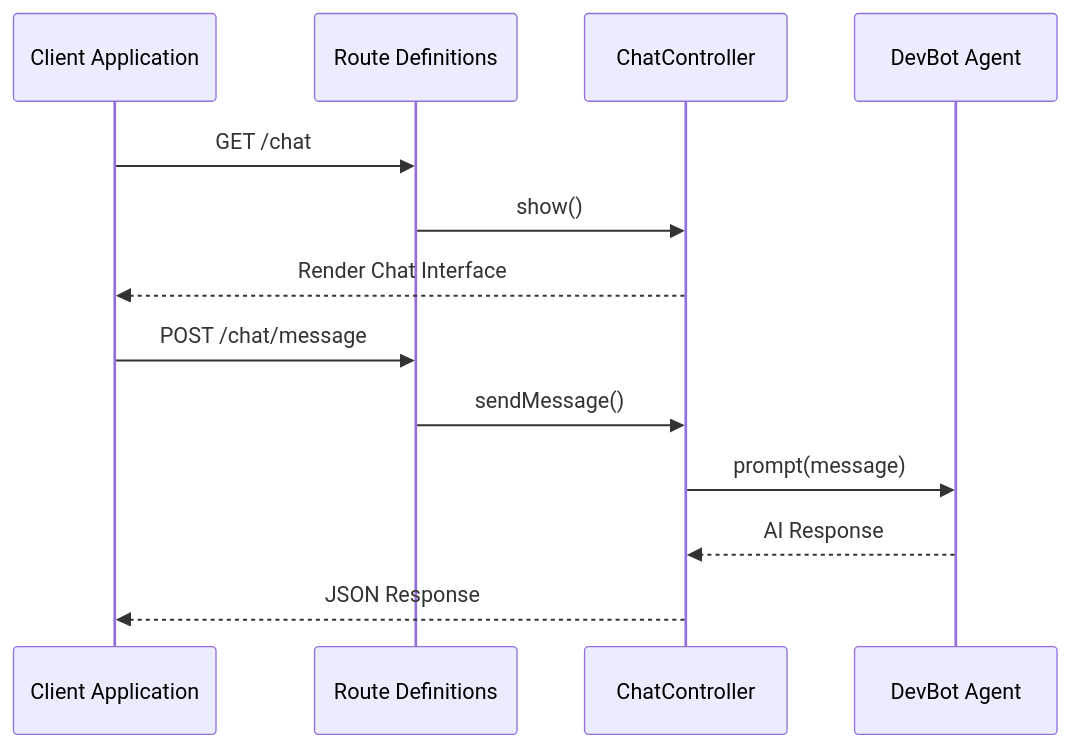
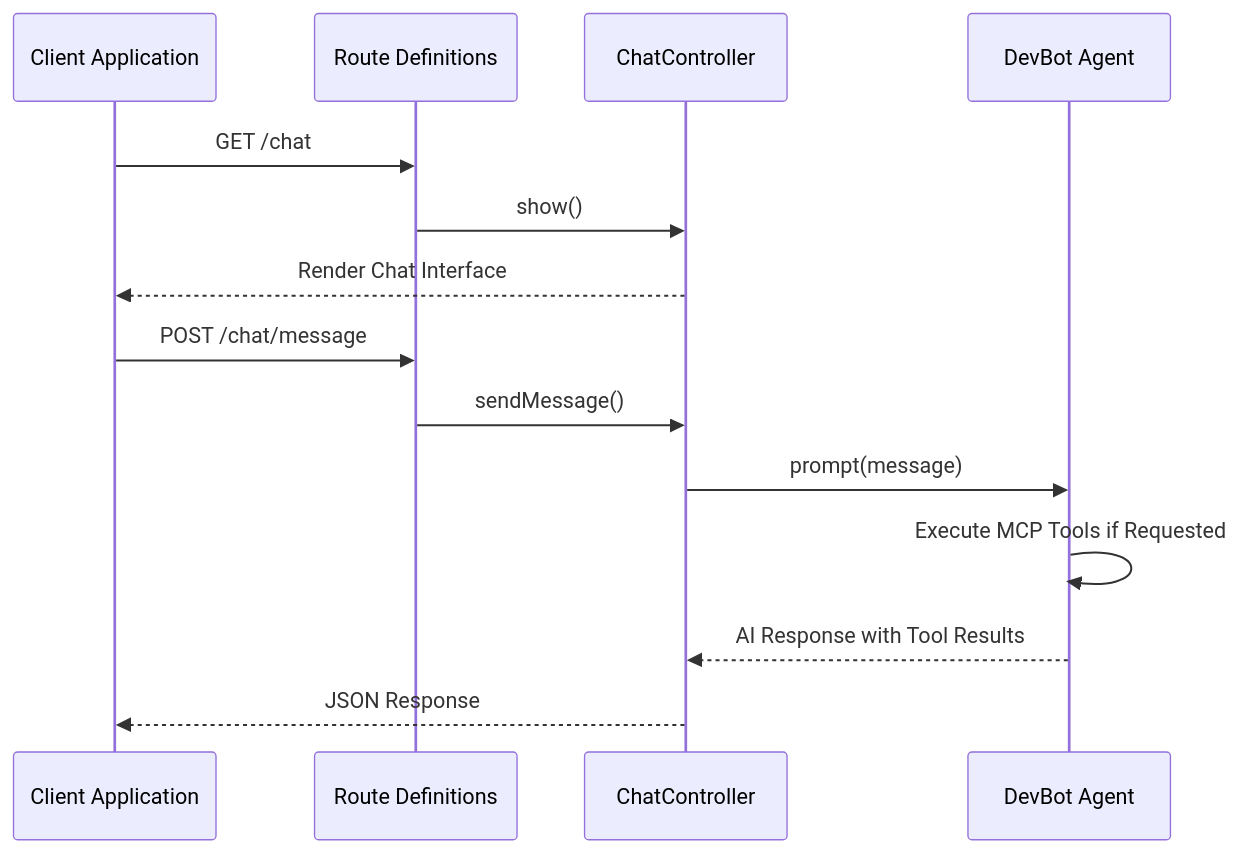
Before and after one commit to siimliimand/laravel-assistant: diagram 15 of 17 in .qoder/repowiki/en/content/AI Integration System/Agent System/DevBot AI Agent System.md, drawn with Mermaid. The commit also changed other lines of this file and 4 other files, not shown here.

First line of the commit message:
docs(agent): document comprehensive MCP tool integration in DevBot AI agent system

````diff
--- a/.qoder/repowiki/en/content/AI Integration System/Agent System/DevBot AI Agent System.md
+++ b/.qoder/repowiki/en/content/AI Integration System/Agent System/DevBot AI Agent System.md
@@ -438,15 +618,16 @@
 ```mermaid
 sequenceDiagram
 participant Client as Client Application
 participant Routes as Route Definitions
 participant Controller as ChatController
 participant Agent as DevBot Agent
 Client->>Routes : GET /chat
 Routes->>Controller : show()
 Controller-->>Client : Render Chat Interface
 Client->>Routes : POST /chat/message
 Routes->>Controller : sendMessage()
 Controller->>Agent : prompt(message)
-Agent-->>Controller : AI Response
+Agent->>Agent : Execute MCP Tools if Requested
+Agent-->>Controller : AI Response with Tool Results
 Controller-->>Client : JSON Response
 ```
````
